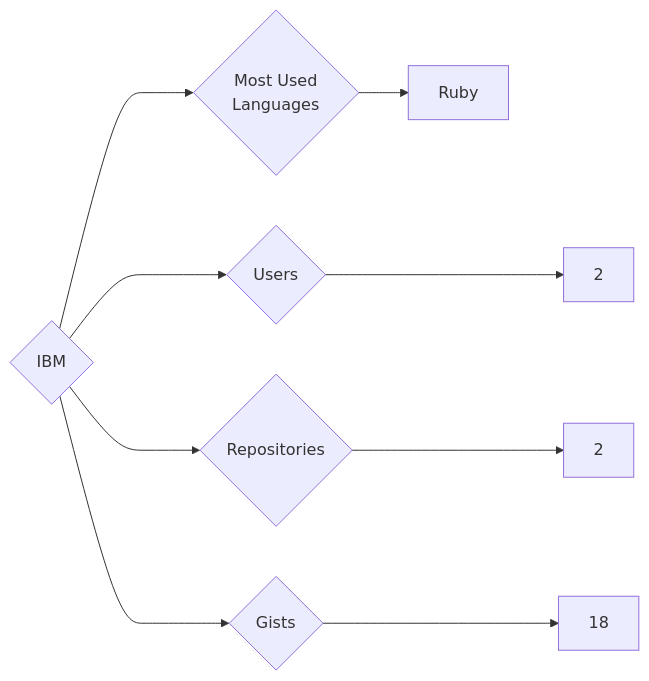
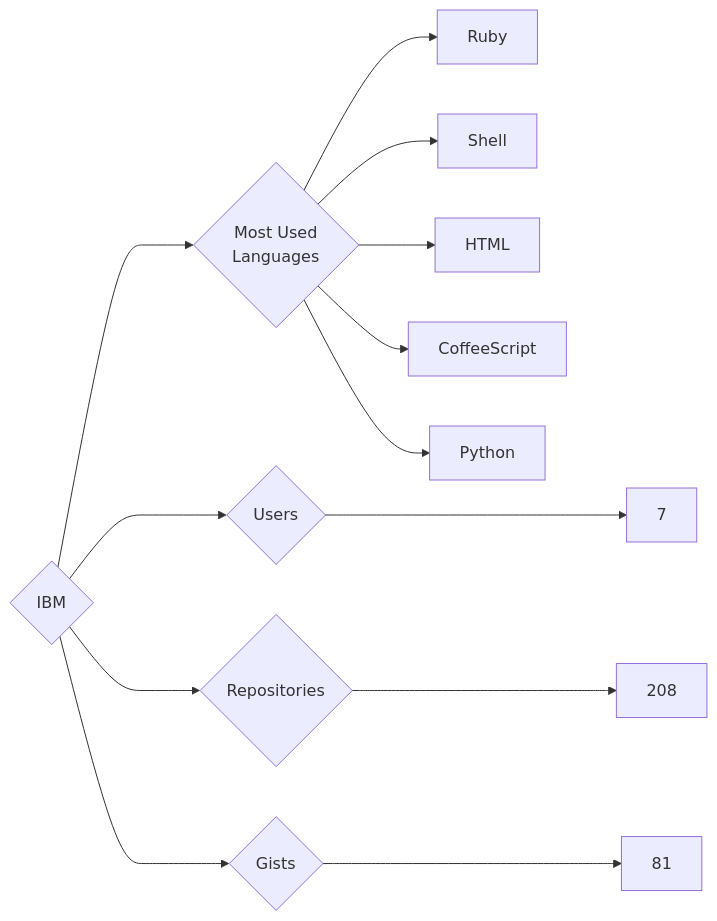
The diagram in targets/IBM/README.md (trickest/insiders), drawn with Mermaid before and after one commit. The commit also changed 1078 other files, not shown here.

````diff
--- a/targets/IBM/README.md
+++ b/targets/IBM/README.md
@@ -3,9 +3,13 @@
 ```mermaid
 graph LR
 COMPANY_NAME{IBM}
-COMPANY_NAME ---> U{Users} ---> UN[2]
-COMPANY_NAME ---> R{Repositories} ---> RN[2]
-COMPANY_NAME ---> G{Gists} ---> GN[18]
+COMPANY_NAME ---> U{Users} ---> UN[7]
+COMPANY_NAME ---> R{Repositories} ---> RN[208]
+COMPANY_NAME ---> G{Gists} ---> GN[81]
 COMPANY_NAME ---> ML{Most Used<br>Languages}
 ML --> Ruby[Ruby]
+ML --> Shell[Shell]
+ML --> HTML[HTML]
+ML --> CoffeeScript[CoffeeScript]
+ML --> Python[Python]
 ```
````
